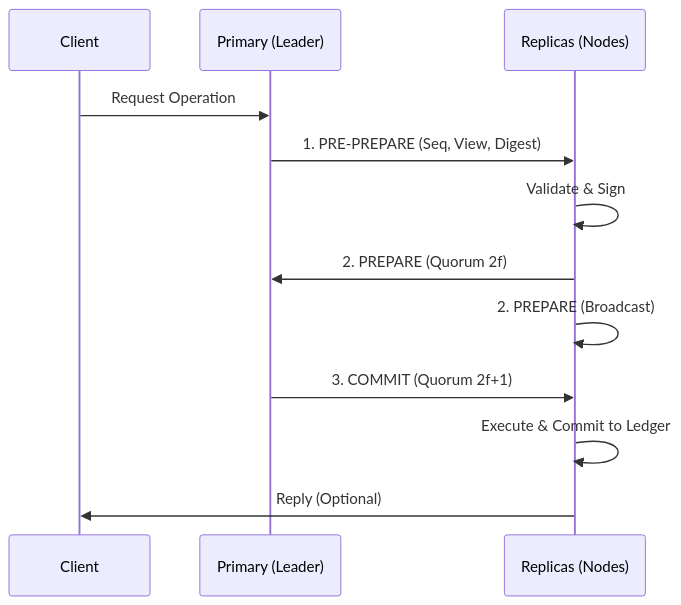
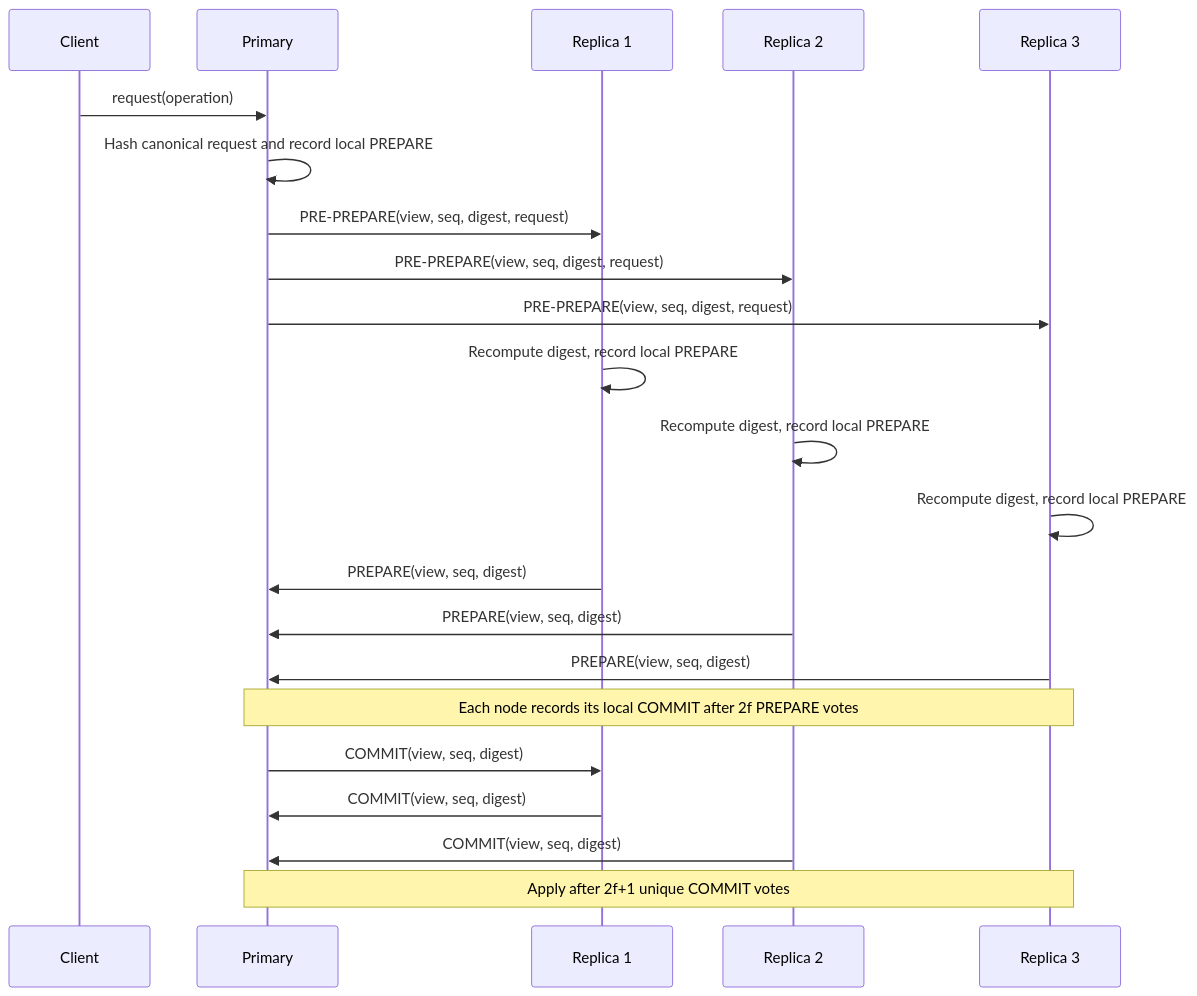
Before and after one commit to VanDung-dev/HieraChain: the diagram in docs/en/consensus/bft_consensus.md, drawn with Mermaid. The commit also changed other lines of this file and 63 other files, not shown here.

````diff
--- a/docs/en/consensus/bft_consensus.md
+++ b/docs/en/consensus/bft_consensus.md
@@ -61,15 +69,24 @@
 ```mermaid
 sequenceDiagram
     participant C as Client
-    participant P as Primary (Leader)
-    participant R as Replicas (Nodes)
-    
-    C->>P: Request Operation
-    P->>R: 1. PRE-PREPARE (Seq, View, Digest)
-    R->>R: Validate & Sign
-    R->>P: 2. PREPARE (Quorum 2f)
-    R->>R: 2. PREPARE (Broadcast)
-    P->>R: 3. COMMIT (Quorum 2f+1)
-    R->>R: Execute & Commit to Ledger
-    R->>C: Reply (Optional)
+    participant P as Primary
+    participant R1 as Replica 1
+    participant R2 as Replica 2
+    participant R3 as Replica 3
+    C->>P: request(operation)
+    P->>P: Hash canonical request and record local PREPARE
+    P->>R1: PRE-PREPARE(view, seq, digest, request)
+    P->>R2: PRE-PREPARE(view, seq, digest, request)
+    P->>R3: PRE-PREPARE(view, seq, digest, request)
+    R1->>R1: Recompute digest, record local PREPARE
+    R2->>R2: Recompute digest, record local PREPARE
+    R3->>R3: Recompute digest, record local PREPARE
+    R1->>P: PREPARE(view, seq, digest)
+    R2->>P: PREPARE(view, seq, digest)
+    R3->>P: PREPARE(view, seq, digest)
+    Note over P,R3: Each node records its local COMMIT after 2f PREPARE votes
+    P->>R1: COMMIT(view, seq, digest)
+    R1->>P: COMMIT(view, seq, digest)
+    R2->>P: COMMIT(view, seq, digest)
+    Note over P,R3: Apply after 2f+1 unique COMMIT votes
 ```
````
